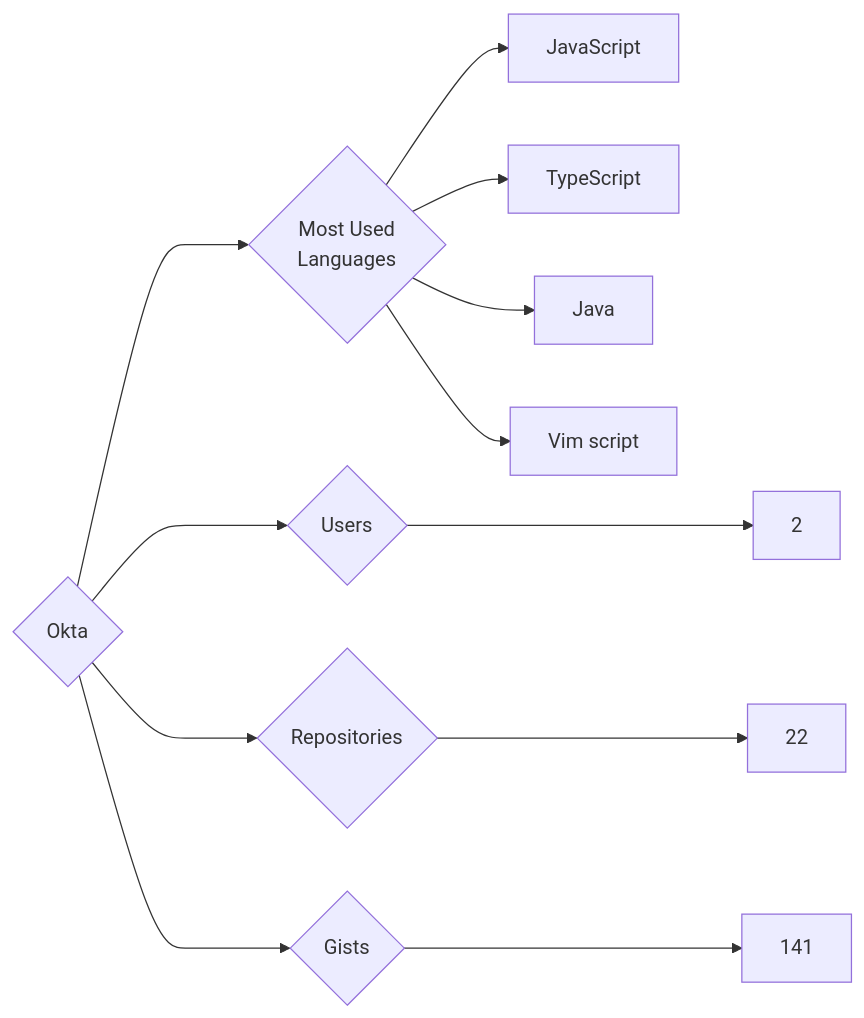
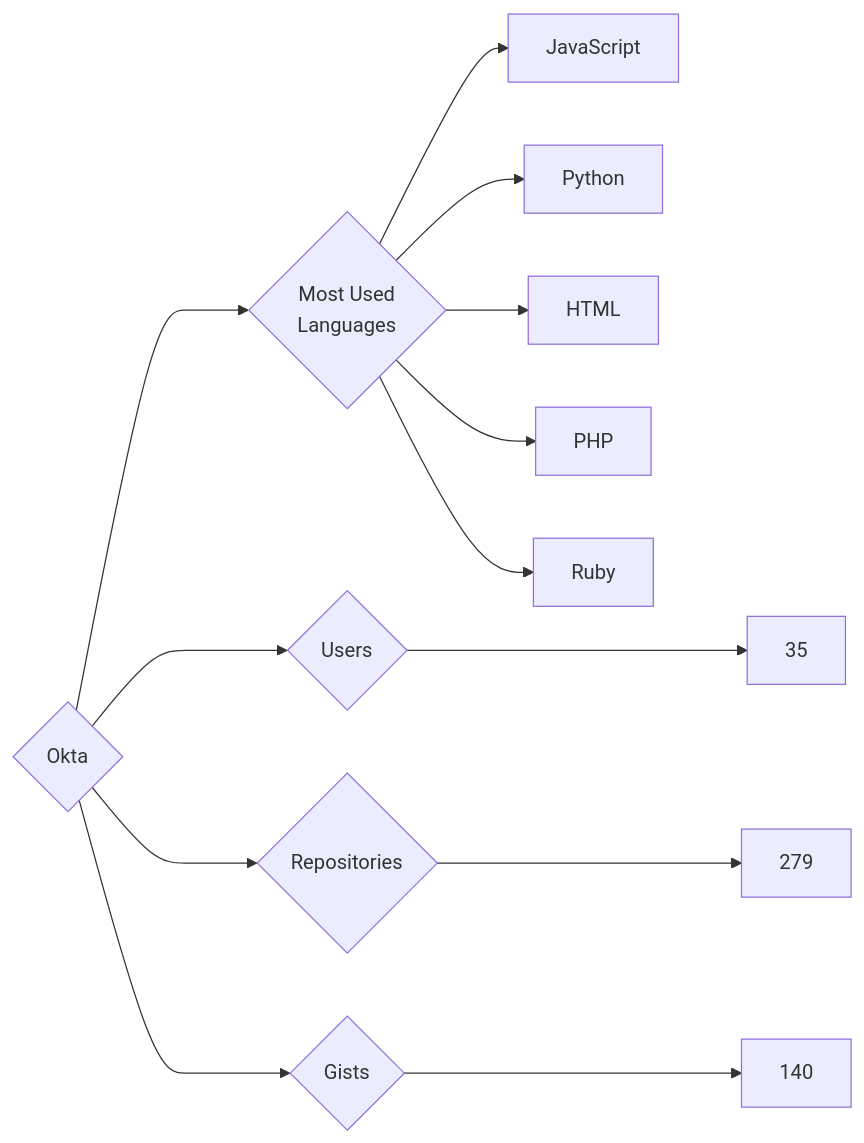
The diagram in targets/Okta/README.md (trickest/insiders), drawn with Mermaid before and after one commit. The commit also changed 972 other files, not shown here.

````diff
--- a/targets/Okta/README.md
+++ b/targets/Okta/README.md
@@ -3,12 +3,13 @@
 ```mermaid
 graph LR
 COMPANY_NAME{Okta}
-COMPANY_NAME ---> U{Users} ---> UN[2]
-COMPANY_NAME ---> R{Repositories} ---> RN[22]
-COMPANY_NAME ---> G{Gists} ---> GN[141]
+COMPANY_NAME ---> U{Users} ---> UN[35]
+COMPANY_NAME ---> R{Repositories} ---> RN[279]
+COMPANY_NAME ---> G{Gists} ---> GN[140]
 COMPANY_NAME ---> ML{Most Used<br>Languages}
 ML --> JavaScript[JavaScript]
-ML --> TypeScript[TypeScript]
-ML --> Java[Java]
-ML --> Vim_script[Vim script]
+ML --> Python[Python]
+ML --> HTML[HTML]
+ML --> PHP[PHP]
+ML --> Ruby[Ruby]
 ```
````
